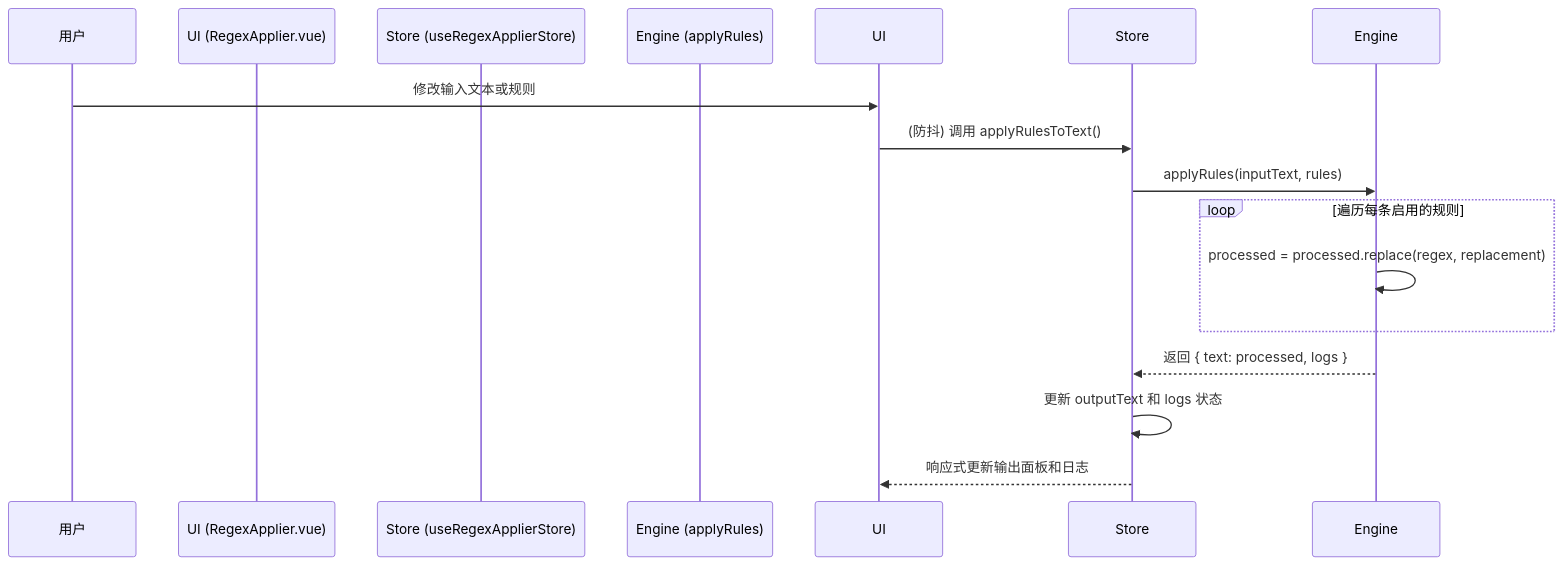
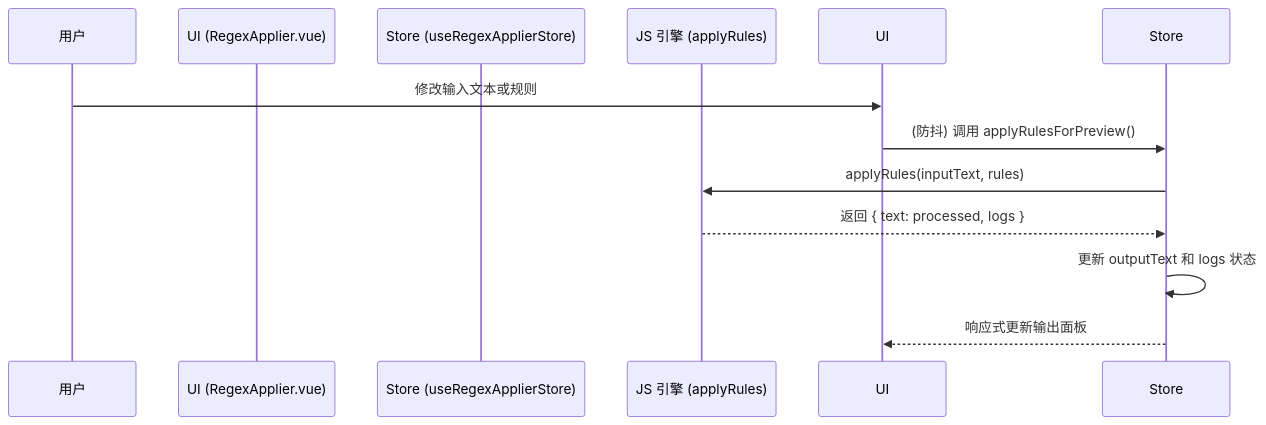
One commit to miaotouy/aio-hub changed the first of 2 diagrams in src/tools/regex-applier/ARCHITECTURE.md. Above: the diagram before and after it, drawn with Mermaid. The commit also changed other lines of this file and 5 other files, not shown here.

````diff
--- a/src/tools/regex-applier/ARCHITECTURE.md
+++ b/src/tools/regex-applier/ARCHITECTURE.md
@@ -37,19 +46,14 @@
 ```mermaid
 sequenceDiagram
     participant User as 用户
     participant UI (RegexApplier.vue)
     participant Store (useRegexApplierStore)
-    participant Engine (applyRules)
+    participant JSEngine as JS 引擎 (applyRules)
 
     User->>UI: 修改输入文本或规则
-    UI->>Store: (防抖) 调用 applyRulesToText()
-    Store->>Engine: applyRules(inputText, rules)
-    
-    loop 遍历每条启用的规则
-        Engine->>Engine: processed = processed.replace(regex, replacement)
-    end
-    
-    Engine-->>Store: 返回 { text: processed, logs }
+    UI->>Store: (防抖) 调用 applyRulesForPreview()
+    Store->>JSEngine: applyRules(inputText, rules)
+    JSEngine-->>Store: 返回 { text: processed, logs }
     Store->>Store: 更新 outputText 和 logs 状态
-    Store-->>UI: 响应式更新输出面板和日志
+    Store-->>UI: 响应式更新输出面板
 ```
````
